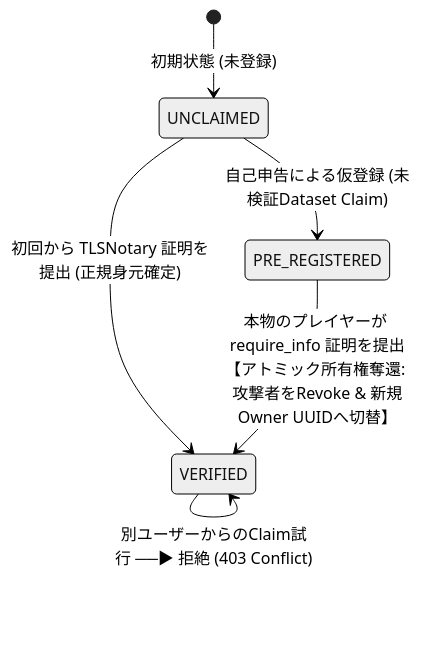
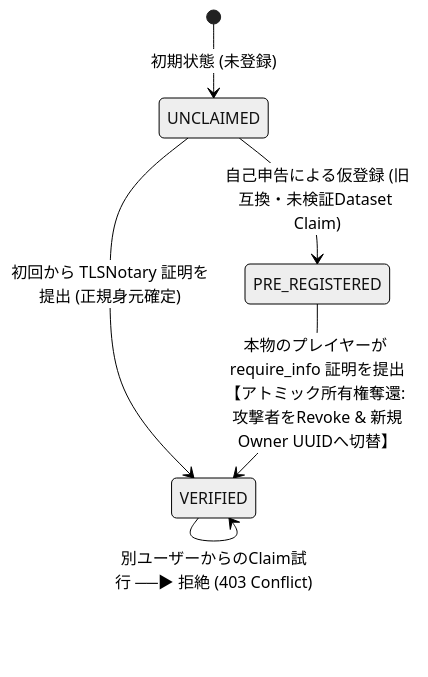
The first of 2 diagrams in docs/operations/member-id-preemptive-attack-and-recovery.md (tsukasa-u/FUSOU), drawn with Mermaid (neutral theme) before and after one commit. The commit also changed other lines of this file and 1 other file, not shown here.

````diff
--- a/docs/operations/member-id-preemptive-attack-and-recovery.md
+++ b/docs/operations/member-id-preemptive-attack-and-recovery.md
@@ -228,12 +238,12 @@
 ```mermaid
 stateDiagram-v2
     [*] --> UNCLAIMED: 初期状態 (未登録)
     
-    UNCLAIMED --> PRE_REGISTERED: 自己申告による仮登録 (未検証Dataset Claim)
+    UNCLAIMED --> PRE_REGISTERED: 自己申告による仮登録 (旧互換・未検証Dataset Claim)
     UNCLAIMED --> VERIFIED: 初回から TLSNotary 証明を提出 (正規身元確定)
     
     PRE_REGISTERED --> VERIFIED: 本物のプレイヤーが require_info 証明を提出<br/>【アトミック所有権奪還: 攻撃者をRevoke & 新規Owner UUIDへ切替】
     
     VERIFIED --> VERIFIED: 同一オーナーによる追加端末登録 (属性: user_devices 追加)
     VERIFIED --> VERIFIED: 別ユーザーからのClaim試行 ──▶ 拒絶 (403 Conflict)
 ```
````
